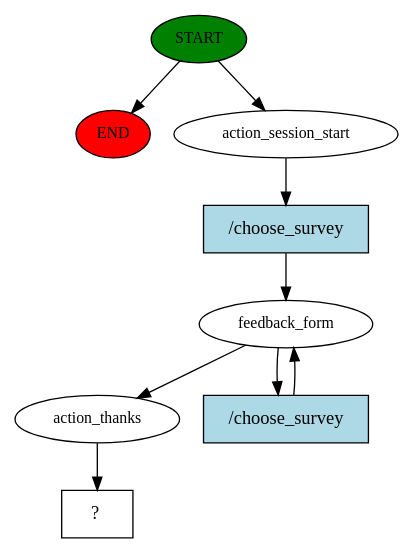
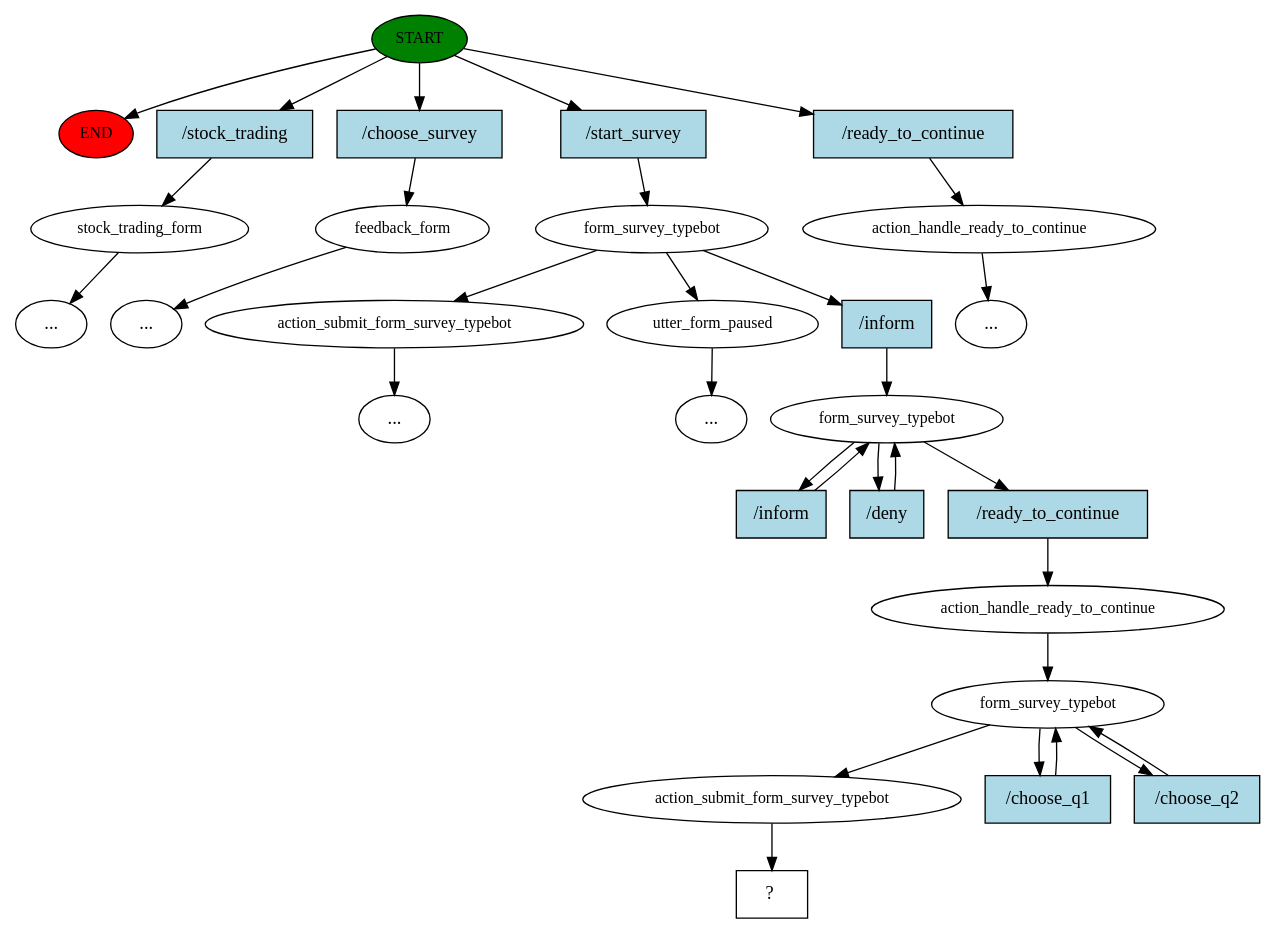
Before and after one commit to KhanhBa923/Rasa_Stock_Chatbot: the diagram in story_graph.dot, drawn with Graphviz. The commit also changed 6 other files, not shown here.

Commit message:
Add Survey form, paused and continue

```diff
--- a/story_graph.dot
+++ b/story_graph.dot
@@ -1,18 +1,61 @@
 digraph  {
 0 [class="start active", fillcolor=green, fontsize=12, label=START, style=filled];
 "-1" [class=end, fillcolor=red, fontsize=12, label=END, style=filled];
-1 [class=active, fontsize=12, label=action_session_start];
-2 [class=active, fontsize=12, label=feedback_form];
-6 [class=active, fontsize=12, label=action_thanks];
-7 [class="intent dashed active", label="  ?  ", shape=rect];
-8 [class="intent active", fillcolor=lightblue, label="/choose_survey", shape=rect, style=filled];
-9 [class="intent active", fillcolor=lightblue, label="/choose_survey", shape=rect, style=filled];
+1 [class="", fontsize=12, label=stock_trading_form];
+"-3" [class=ellipsis, label="..."];
+2 [class="", fontsize=12, label=feedback_form];
+"-5" [class=ellipsis, label="..."];
+4 [class=active, fontsize=12, label=form_survey_typebot];
+5 [class="", fontsize=12, label=action_submit_form_survey_typebot];
+"-6" [class=ellipsis, label="..."];
+7 [class="", fontsize=12, label=utter_form_paused];
+"-7" [class=ellipsis, label="..."];
+8 [class="", fontsize=12, label=action_handle_ready_to_continue];
+"-8" [class=ellipsis, label="..."];
+10 [class=active, fontsize=12, label=form_survey_typebot];
+14 [class=active, fontsize=12, label=action_handle_ready_to_continue];
+15 [class=active, fontsize=12, label=form_survey_typebot];
+18 [class=active, fontsize=12, label=action_submit_form_survey_typebot];
+19 [class="intent dashed active", label="  ?  ", shape=rect];
+20 [class=intent, fillcolor=lightblue, label="/stock_trading", shape=rect, style=filled];
+21 [class=intent, fillcolor=lightblue, label="/choose_survey", shape=rect, style=filled];
+22 [class="intent active", fillcolor=lightblue, label="/start_survey", shape=rect, style=filled];
+23 [class=intent, fillcolor=lightblue, label="/ready_to_continue", shape=rect, style=filled];
+24 [class="intent active", fillcolor=lightblue, label="/inform", shape=rect, style=filled];
+25 [class="intent active", fillcolor=lightblue, label="/inform", shape=rect, style=filled];
+26 [class="intent active", fillcolor=lightblue, label="/deny", shape=rect, style=filled];
+27 [class="intent active", fillcolor=lightblue, label="/ready_to_continue", shape=rect, style=filled];
+28 [class="intent active", fillcolor=lightblue, label="/choose_q1", shape=rect, style=filled];
+29 [class="intent active", fillcolor=lightblue, label="/choose_q2", shape=rect, style=filled];
 0 -> "-1"  [class="", key=NONE, label=""];
-0 -> 1  [class=active, key=NONE, label=""];
-1 -> 8  [class=active, key=0];
-2 -> 6  [class=active, key=NONE, label=""];
-2 -> 9  [class=active, key=0];
-6 -> 7  [class=active, key=NONE, label=""];
-8 -> 2  [class=active, key=0];
-9 -> 2  [class=active, key=0];
+0 -> 20  [class="", key=0];
+0 -> 21  [class="", key=0];
+0 -> 22  [class=active, key=0];
+0 -> 23  [class="", key=0];
+1 -> "-3"  [class="", key=NONE, label=""];
+2 -> "-5"  [class="", key=NONE, label=""];
+4 -> 5  [class="", key=NONE, label=""];
+4 -> 7  [class="", key=NONE, label=""];
+4 -> 24  [class=active, key=0];
+5 -> "-6"  [class="", key=NONE, label=""];
+7 -> "-7"  [class="", key=NONE, label=""];
+8 -> "-8"  [class="", key=NONE, label=""];
+10 -> 25  [class=active, key=0];
+10 -> 26  [class=active, key=0];
+10 -> 27  [class=active, key=0];
+14 -> 15  [class=active, key=NONE, label=""];
+15 -> 18  [class=active, key=NONE, label=""];
+15 -> 28  [class=active, key=0];
+15 -> 29  [class=active, key=0];
+18 -> 19  [class=active, key=NONE, label=""];
+20 -> 1  [class="", key=0];
+21 -> 2  [class="", key=0];
+22 -> 4  [class=active, key=0];
+23 -> 8  [class="", key=0];
+24 -> 10  [class=active, key=0];
+25 -> 10  [class=active, key=0];
+26 -> 10  [class=active, key=0];
+27 -> 14  [class=active, key=0];
+28 -> 15  [class=active, key=0];
+29 -> 15  [class=active, key=0];
 }
```
